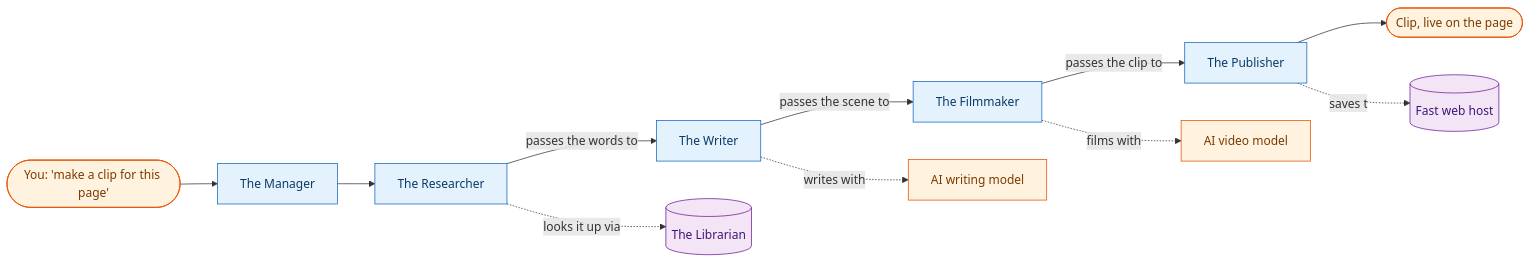
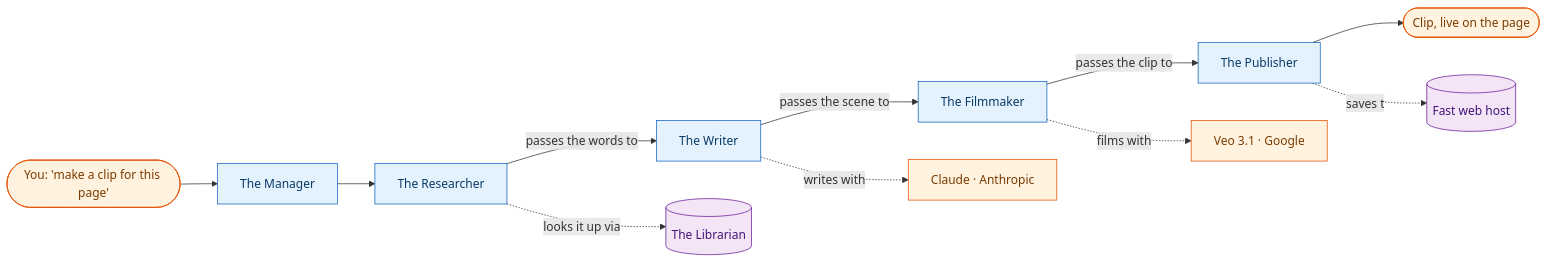
Before and after one commit to sfrancis2017/sajivfrancis.github.io: the diagram in src/content/blog/2026-06-15-ai-agent-video-pipeline.mdx, drawn with Mermaid. The commit also changed other lines of this file, not shown here.

Commit message:
draft: add MCP/A2A origins (Anthropic/Google), name models (Claude, Veo 3.1) + n8n

````diff
--- a/src/content/blog/2026-06-15-ai-agent-video-pipeline.mdx
+++ b/src/content/blog/2026-06-15-ai-agent-video-pipeline.mdx
@@ -40,18 +42,18 @@
 ```mermaid
 flowchart LR
     classDef agent fill:#e3f2fd,stroke:#1565c0,color:#0b3a66
     classDef ext fill:#fff3e0,stroke:#e65100,color:#7a3b00
     classDef store fill:#f3e5f5,stroke:#6a1b9a,color:#42157a
 
     U([You: 'make a clip for this page']):::ext --> O[The Manager]:::agent
     O --> C[The Researcher]:::agent
     C -->|passes the words to| S[The Writer]:::agent
     S -->|passes the scene to| V[The Filmmaker]:::agent
     V -->|passes the clip to| ST[The Publisher]:::agent
     ST --> SITE([Clip, live on the page]):::ext
 
     C -.looks it up via.-> M[(The Librarian)]:::store
-    S -.writes with.-> CL[AI writing model]:::ext
-    V -.films with.-> VEO[AI video model]:::ext
+    S -.writes with.-> CL[Claude · Anthropic]:::ext
+    V -.films with.-> VEO[Veo 3.1 · Google]:::ext
     ST -.saves to.-> CDN[(Fast web host)]:::store
 ```
````
